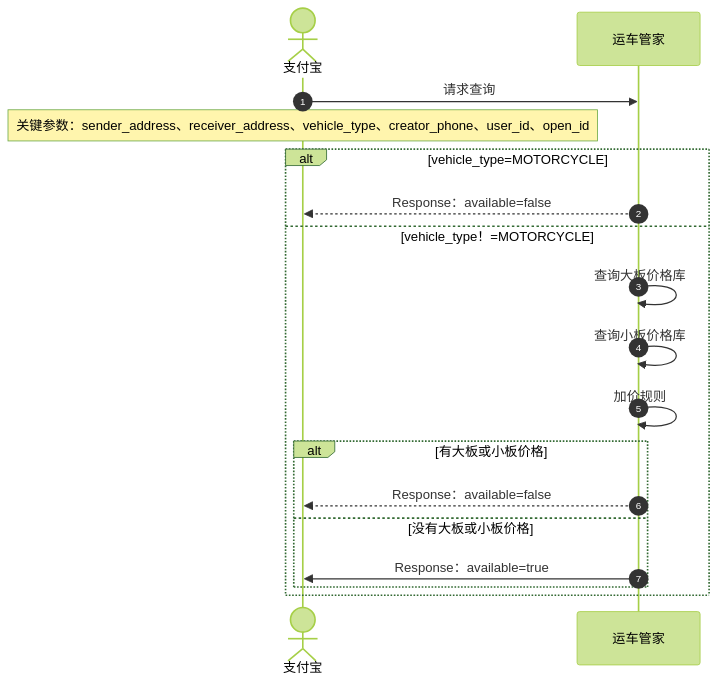
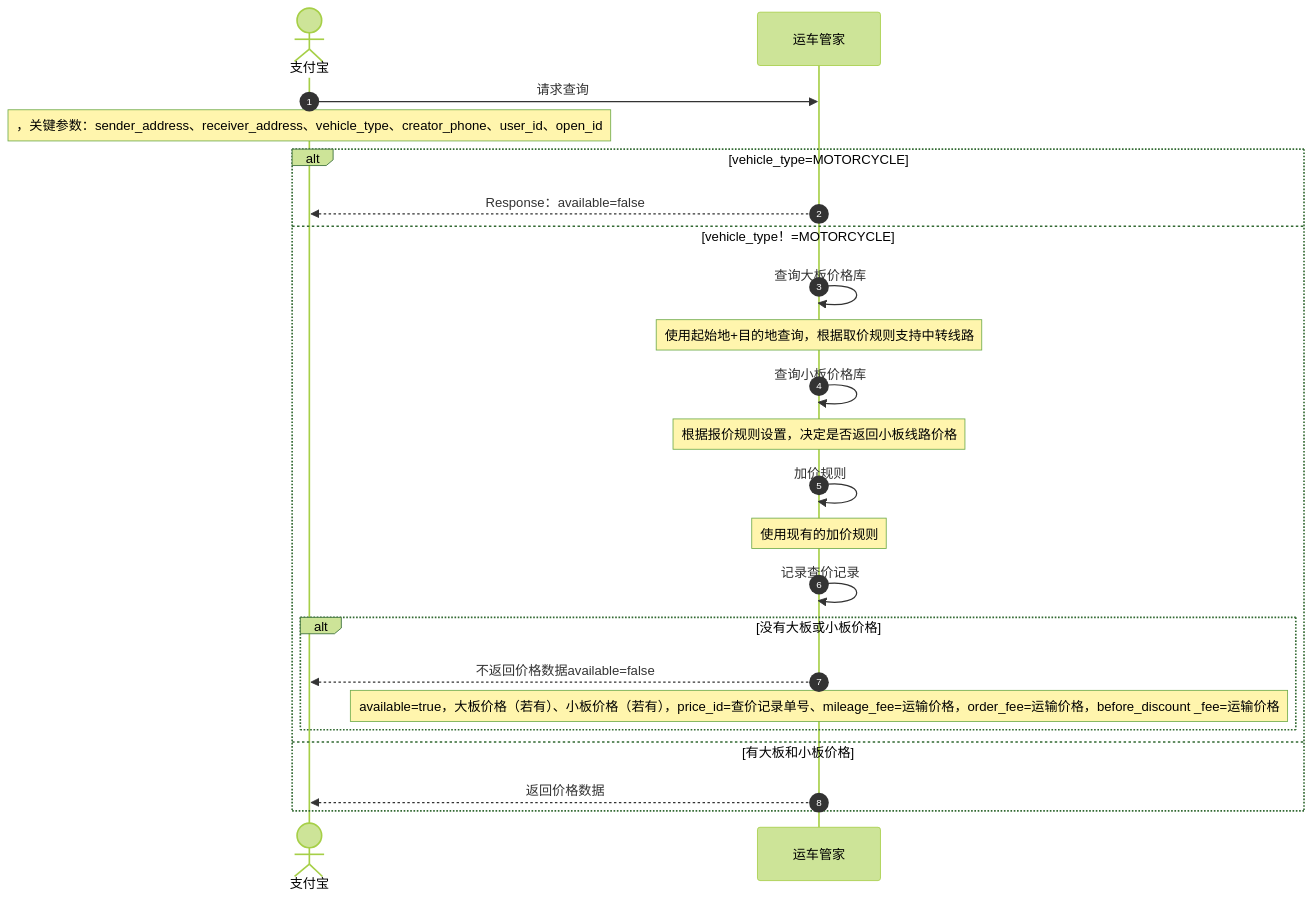
One commit to pingpm/mermaid_vault changed the diagram in mmd/运价查询接口_b66f33fe-f22a-4010-b0a8-42139f03c121.mmd. Above: the diagram before and after it, drawn with Mermaid (forest theme). The commit also changed 3 other files, not shown here.

Commit message:
Sync Mermaid Studio data (17 diagrams)

```diff
--- a/mmd/运价查询接口_b66f33fe-f22a-4010-b0a8-42139f03c121.mmd
+++ b/mmd/运价查询接口_b66f33fe-f22a-4010-b0a8-42139f03c121.mmd
@@ -1,18 +1,23 @@
 sequenceDiagram
   autonumber
   actor p0 as 支付宝
   participant p1 as 运车管家
   p0->>p1: 请求查询
-  Note over p0: 关键参数：sender_address、receiver_address、vehicle_type、creator_phone、user_id、open_id
+  Note over p0: ，关键参数：sender_address、receiver_address、vehicle_type、creator_phone、user_id、open_id
   alt vehicle_type=MOTORCYCLE
   p1-->>p0: Response：available=false
   else vehicle_type！=MOTORCYCLE
   p1->>p1: 查询大板价格库
+  Note over p1: 使用起始地+目的地查询，根据取价规则支持中转线路
   p1->>p1: 查询小板价格库
+  Note over p1: 根据报价规则设置，决定是否返回小板线路价格
   p1->>p1: 加价规则
-  alt 有大板或小板价格
-  p1-->>p0: Response：available=false
-  else 没有大板或小板价格
-  p1->>p0: Response：available=true
+  Note over p1: 使用现有的加价规则
+  p1->>p1: 记录查价记录
+  alt 没有大板或小板价格
+  p1-->>p0: 不返回价格数据available=false
+  Note over p1: available=true，大板价格（若有）、小板价格（若有），price_id=查价记录单号、mileage_fee=运输价格，order_fee=运输价格，before_discount _fee=运输价格
   end
+  else 有大板和小板价格
+  p1-->>p0: 返回价格数据
   end
```
